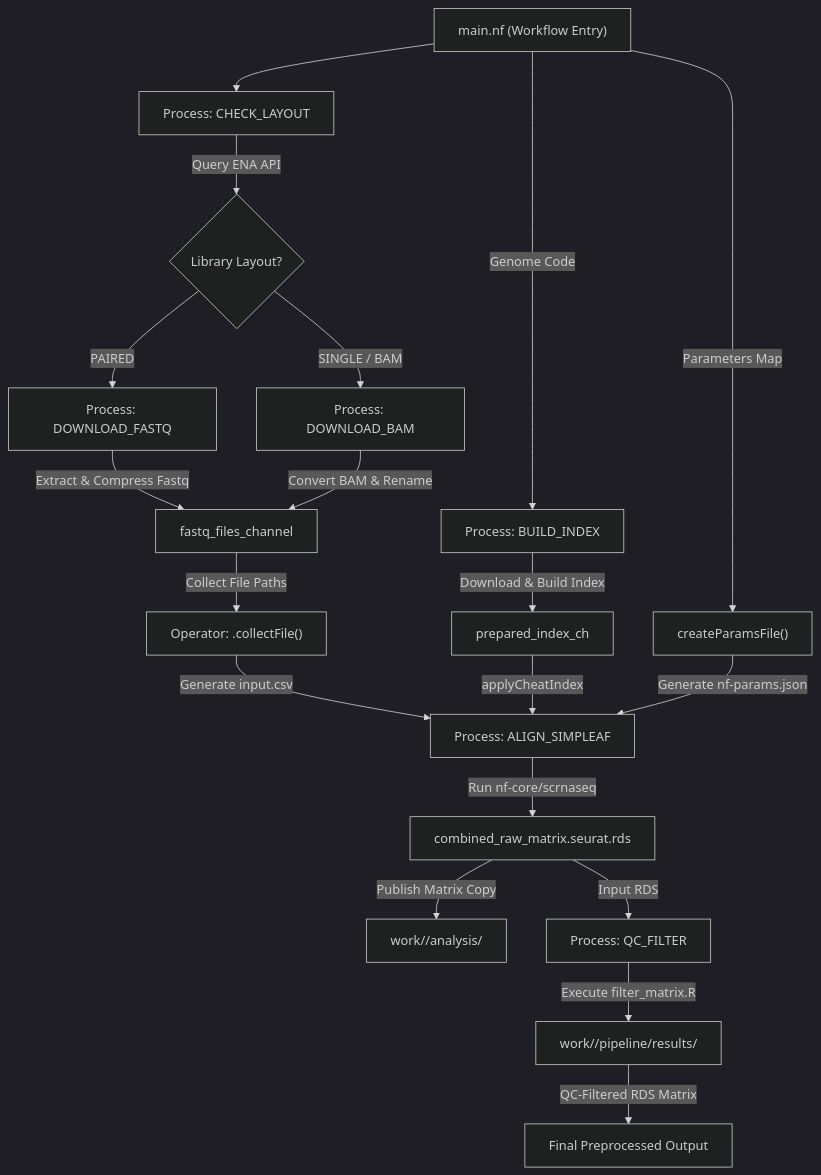
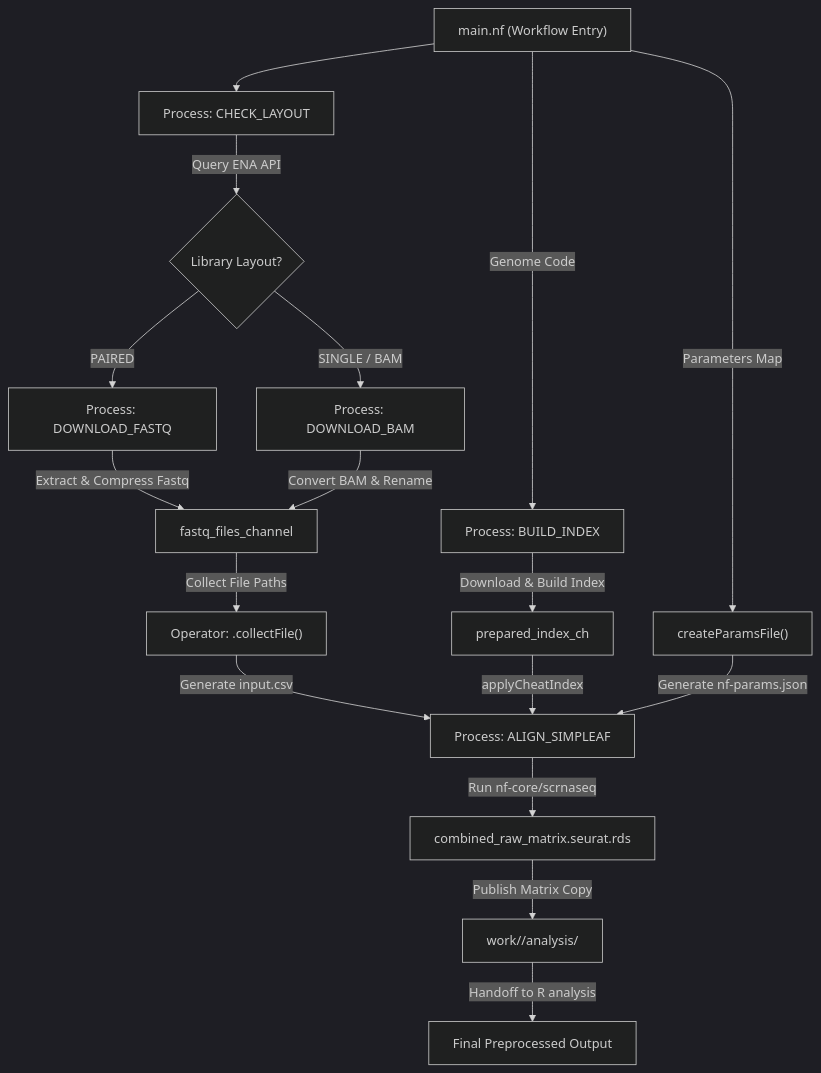
Before and after one commit to ldelitala/sc-isoform-cotan: the diagram in docs/pipeline_workflow.md, drawn with Mermaid (dark theme). The commit also changed other lines of this file and 21 other files, not shown here.

````diff
--- a/docs/pipeline_workflow.md
+++ b/docs/pipeline_workflow.md
@@ -7,28 +7,25 @@
 ```mermaid
 graph TD
     A["main.nf (Workflow Entry)"] --> B["Process: CHECK_LAYOUT"]
     B -->|Query ENA API| C{Library Layout?}
     
     C -->|PAIRED| D["Process: DOWNLOAD_FASTQ"]
     C -->|SINGLE / BAM| E["Process: DOWNLOAD_BAM"]
     
     D -->|Extract & Compress Fastq| F["fastq_files_channel"]
     E -->|Convert BAM & Rename| F
     
     F -->|Collect File Paths| G["Operator: .collectFile()"]
     G -->|Generate input.csv| H["Process: ALIGN_SIMPLEAF"]
     
     A -->|Genome Code| O["Process: BUILD_INDEX"]
     O -->|Download & Build Index| P["prepared_index_ch"]
     P -->|applyCheatIndex| H
     
     A -->|Parameters Map| I["createParamsFile()"]
     I -->|Generate nf-params.json| H
     
     H -->|Run nf-core/scrnaseq| J["combined_raw_matrix.seurat.rds"]
     J -->|Publish Matrix Copy| K["work/<dataset>/analysis/"]
-    
-    J -->|Input RDS| L["Process: QC_FILTER"]
-    L -->|Execute filter_matrix.R| M["work/<dataset>/pipeline/results/"]
-    M -->|QC-Filtered RDS Matrix| N["Final Preprocessed Output"]
+    K -->|Handoff to R analysis| N["Final Preprocessed Output"]
 ```
````
